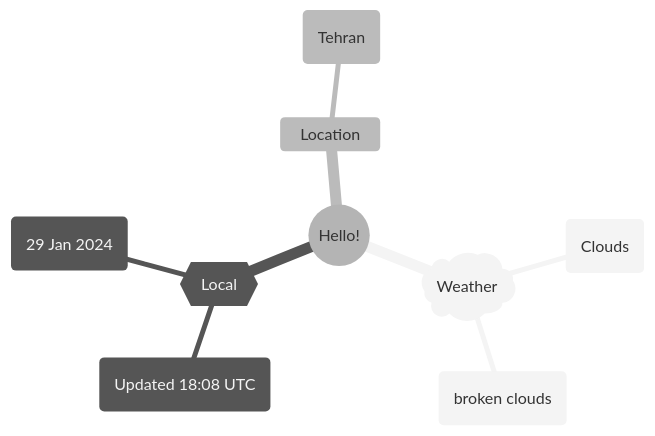
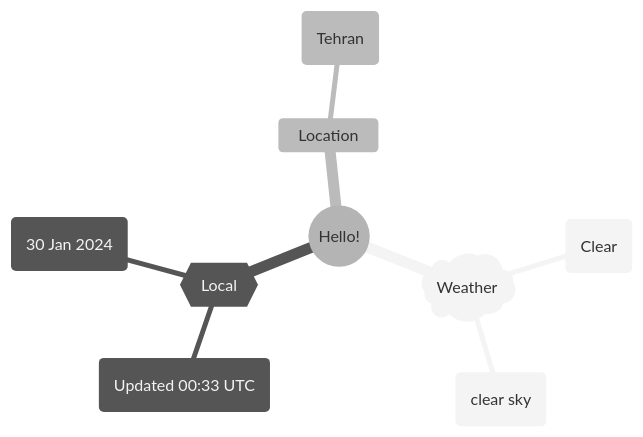
The first of 2 diagrams in README.md (Xosrov/Xosrov), drawn with Mermaid (neutral theme) before and after one commit.

Commit message:
[bot] updated images

````diff
--- a/README.md
+++ b/README.md
@@ -3,12 +3,12 @@
 ```mermaid
 mindmap
   root((Hello!))
     )Weather(
-        (Clouds)
-        (broken clouds)
+        (Clear)
+        (clear sky)
     {{Local}}
-        (Updated 18:08 UTC)
-        (29 Jan 2024)
+        (Updated 00:33 UTC)
+        (30 Jan 2024)
     Location
         (Tehran)
 ```
````
